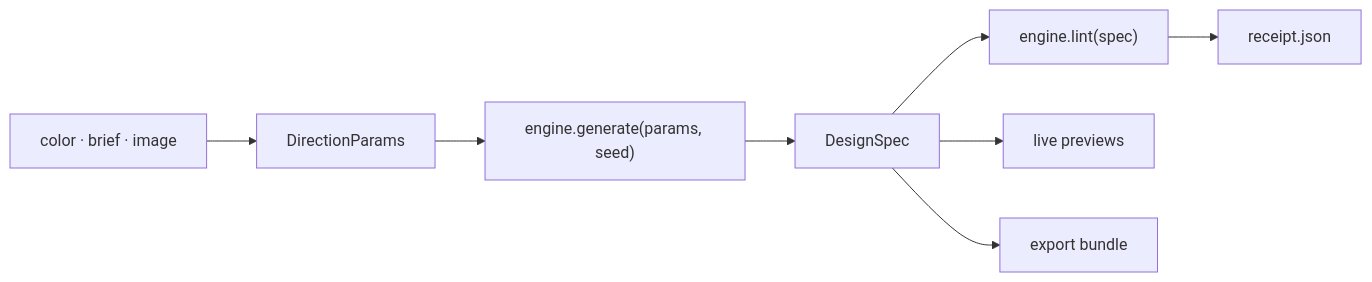
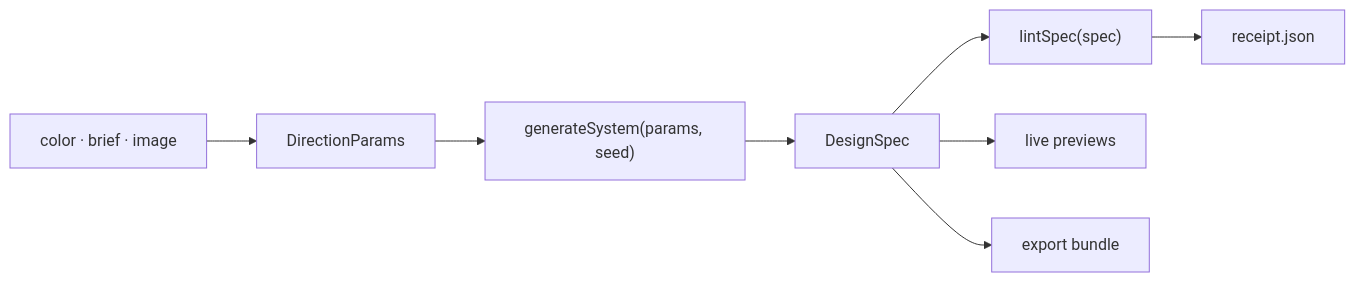
Before and after one commit to Abdul-Muizz1310/dyelot: the diagram in README.md, drawn with Mermaid. The commit also changed other lines of this file, not shown here.

````diff
--- a/README.md
+++ b/README.md
@@ -70,10 +70,10 @@
 ```mermaid
 flowchart LR
     Input["color · brief · image"] --> Params[DirectionParams]
-    Params --> Engine["engine.generate(params, seed)"]
+    Params --> Engine["generateSystem(params, seed)"]
     Engine --> Spec[DesignSpec]
-    Spec --> Lint["engine.lint(spec)"]
+    Spec --> Lint["lintSpec(spec)"]
     Lint --> Receipt[receipt.json]
     Spec --> Preview[live previews]
     Spec --> Export[export bundle]
 ```
````
